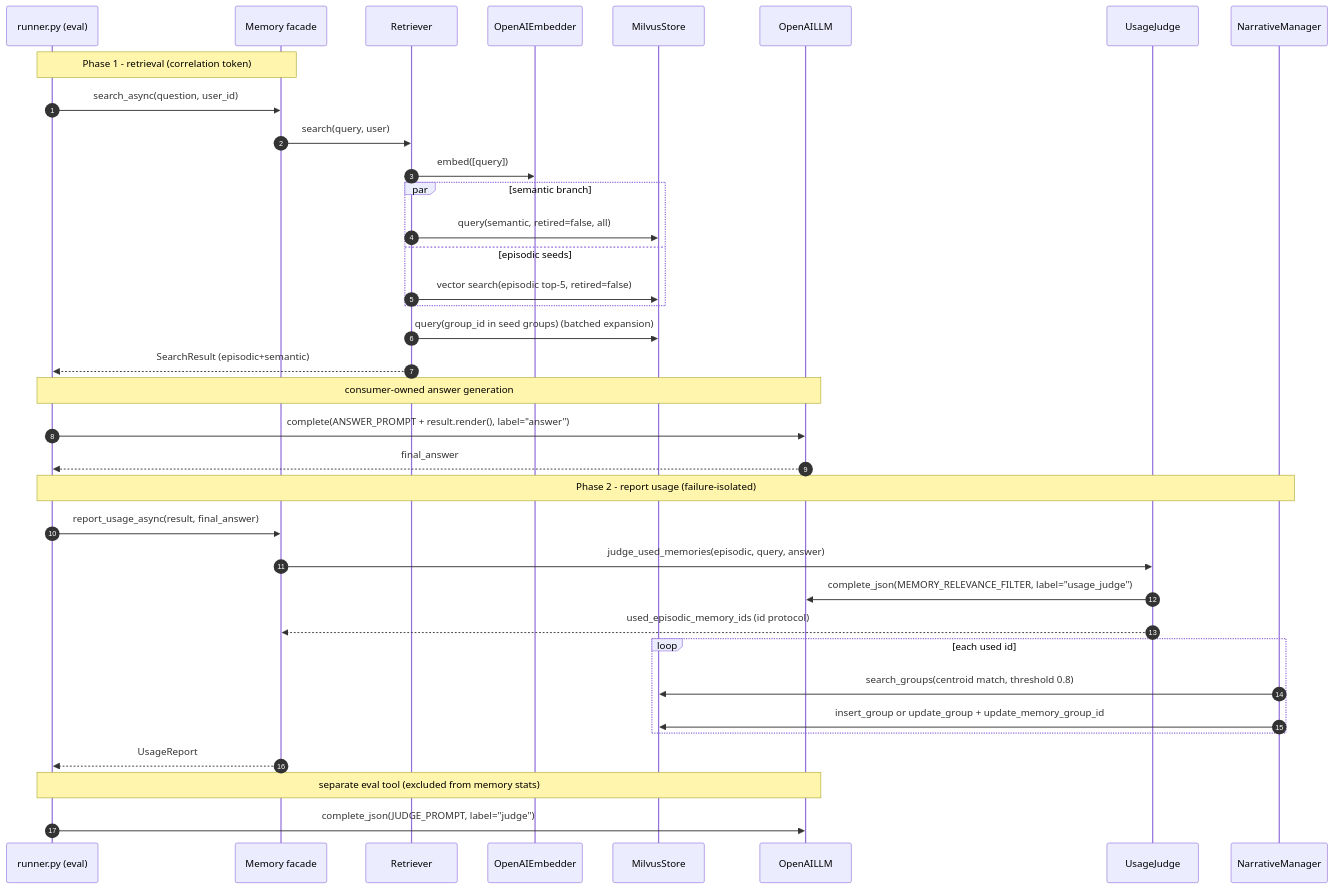
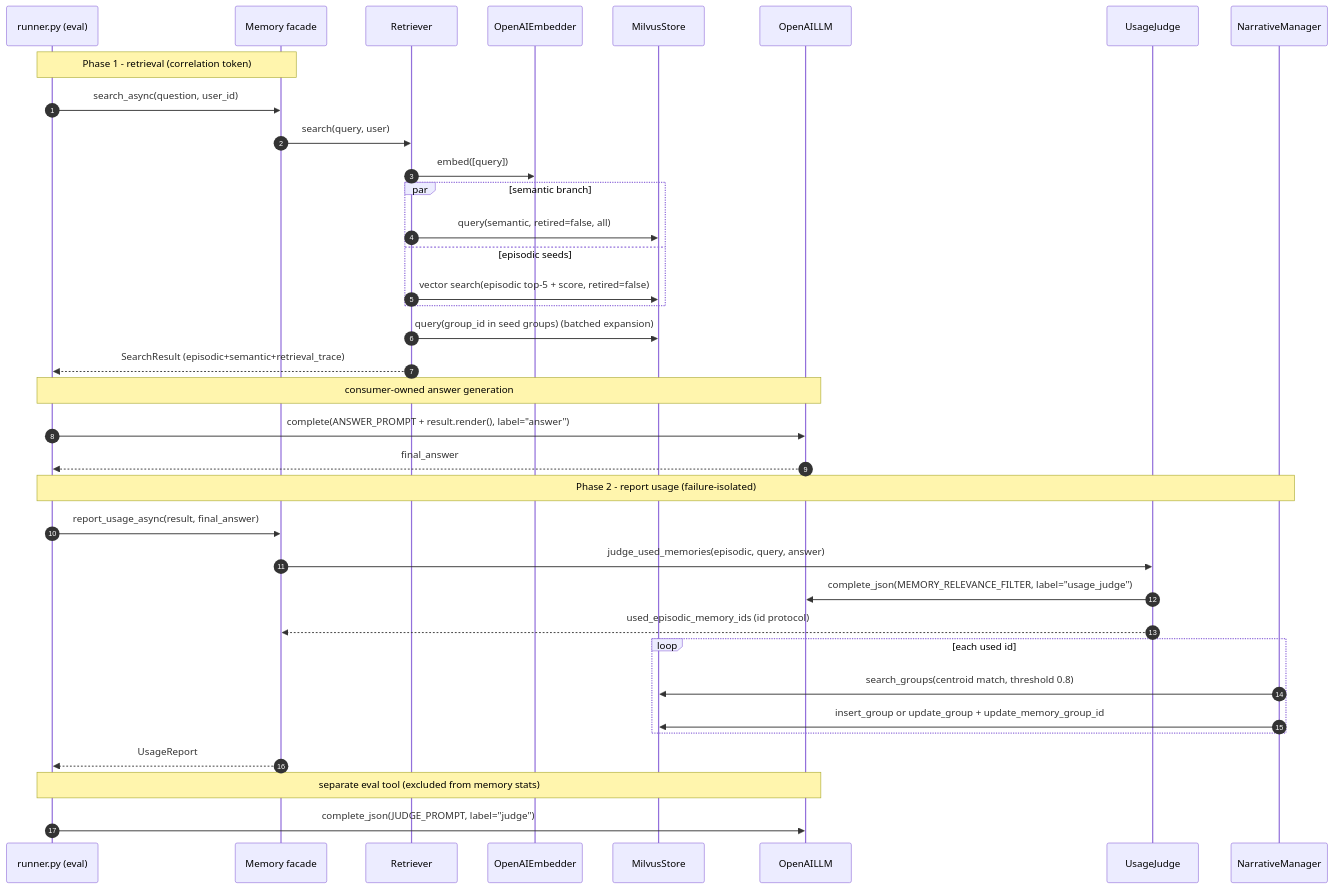
One commit to ChasePassion/NeuraMem changed the fourth of 5 diagrams in docs/architecture_overview.md. Above: the diagram before and after it, drawn with Mermaid. The commit also changed other lines of this file and 29 other files, not shown here.

````diff
--- a/docs/architecture_overview.md
+++ b/docs/architecture_overview.md
@@ -180,42 +180,42 @@
 ```mermaid
 sequenceDiagram
     autonumber
     participant RN as runner.py (eval)
     participant M as Memory facade
     participant RET as Retriever
     participant EMB as OpenAIEmbedder
     participant ST as MilvusStore
     participant LLM as OpenAILLM
     participant UJ as UsageJudge
     participant NAR as NarrativeManager
 
     Note over RN,M: Phase 1 - retrieval (correlation token)
     RN->>M: search_async(question, user_id)
     M->>RET: search(query, user)
     RET->>EMB: embed([query])
     par semantic branch
         RET->>ST: query(semantic, retired=false, all)
     and episodic seeds
-        RET->>ST: vector search(episodic top-5, retired=false)
+        RET->>ST: vector search(episodic top-5 + score, retired=false)
     end
     RET->>ST: query(group_id in seed groups)  (batched expansion)
-    RET-->>RN: SearchResult (episodic+semantic)
+    RET-->>RN: SearchResult (episodic+semantic+retrieval_trace)
 
     Note over RN,LLM: consumer-owned answer generation
     RN->>LLM: complete(ANSWER_PROMPT + result.render(), label="answer")
     LLM-->>RN: final_answer
 
     Note over RN,NAR: Phase 2 - report usage (failure-isolated)
     RN->>M: report_usage_async(result, final_answer)
     M->>UJ: judge_used_memories(episodic, query, answer)
     UJ->>LLM: complete_json(MEMORY_RELEVANCE_FILTER, label="usage_judge")
     UJ-->>M: used_episodic_memory_ids (id protocol)
     loop each used id
         NAR->>ST: search_groups(centroid match, threshold 0.8)
         NAR->>ST: insert_group or update_group + update_memory_group_id
     end
     M-->>RN: UsageReport
 
     Note over RN,LLM: separate eval tool (excluded from memory stats)
     RN->>LLM: complete_json(JUDGE_PROMPT, label="judge")
 ```
````
